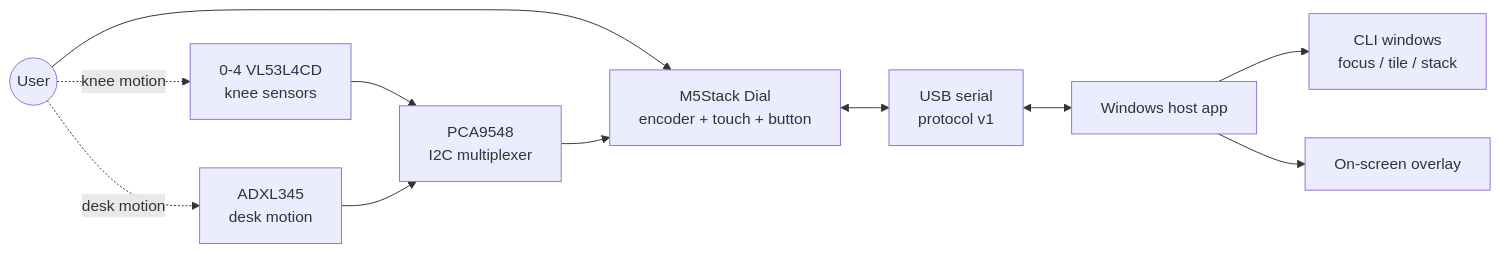
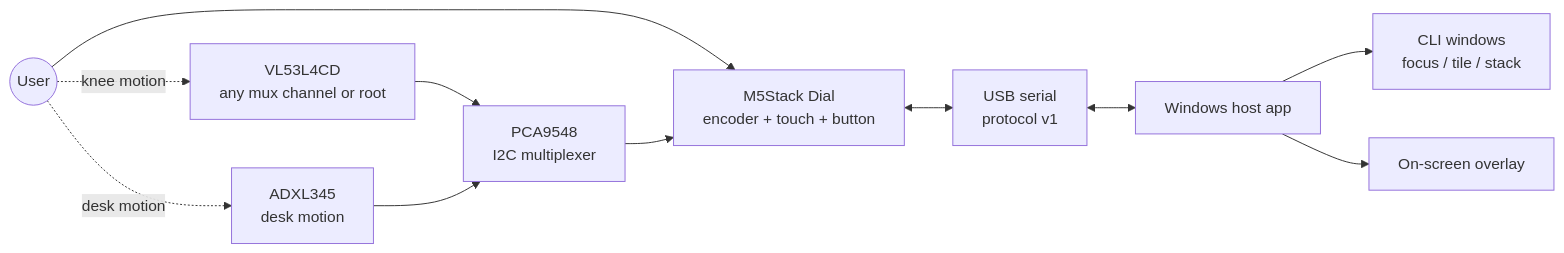
The first of 6 diagrams in README.md (JeremyProffittOrg/cli-controller), drawn with Mermaid before and after one commit. The commit also changed other lines of this file and 12 other files, not shown here.

````diff
--- a/README.md
+++ b/README.md
@@ -56,23 +56,23 @@
 ```mermaid
 flowchart LR
     User((User))
     Dial[M5Stack Dial<br/>encoder + touch + button]
     Mux[PCA9548<br/>I2C multiplexer]
-    ToF[0-4 VL53L4CD<br/>knee sensors]
+    ToF[VL53L4CD<br/>any mux channel or root]
     Accel[ADXL345<br/>desk motion]
     USB[USB serial<br/>protocol v1]
     App[Windows host app]
     Windows[CLI windows<br/>focus / tile / stack]
     Overlay[On-screen overlay]
 
     User --> Dial
     User -. knee motion .-> ToF
     User -. desk motion .-> Accel
     ToF --> Mux
     Accel --> Mux
     Mux --> Dial
     Dial <--> USB
     USB <--> App
     App --> Windows
     App --> Overlay
 ```
````
